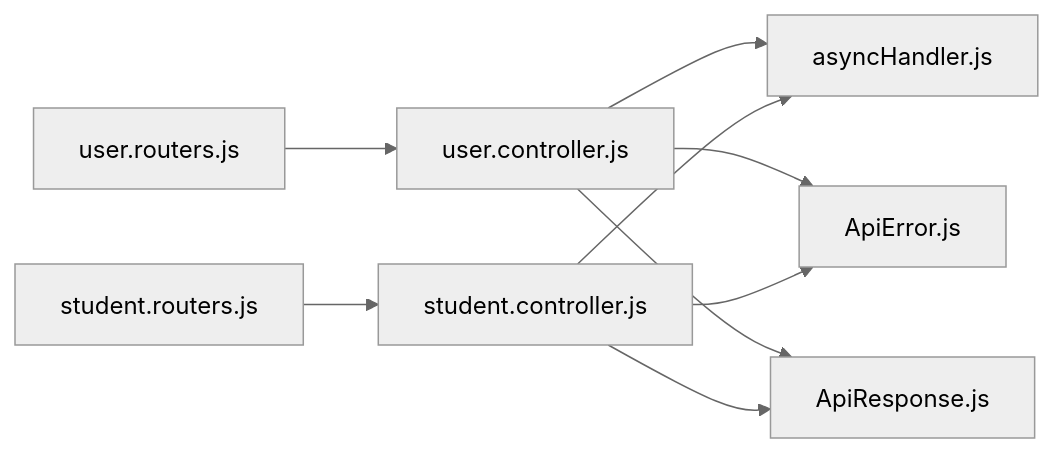
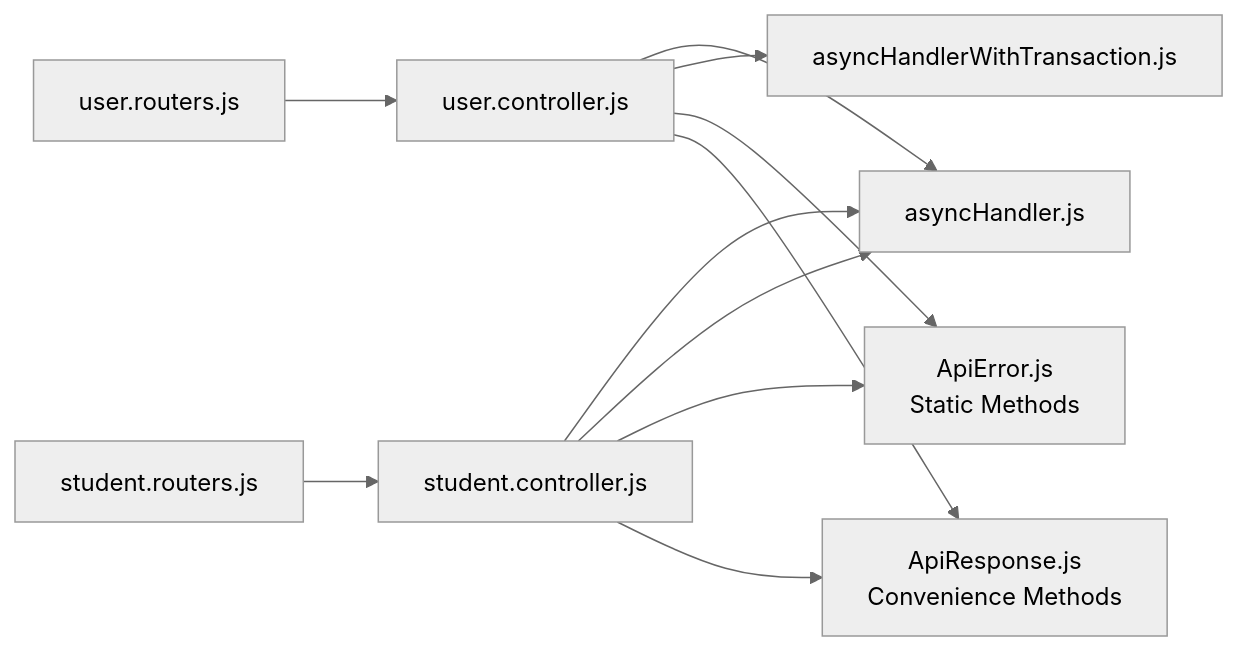
Before and after one commit to Aryan9060/Timetable-Project: the third of 3 diagrams in .qoder/repowiki/en/content/Backend Architecture/Error Handling & Response Utilities.md, drawn with Mermaid (neutral theme). The commit also changed other lines of this file and 15 other files, not shown here.

````diff
--- a/.qoder/repowiki/en/content/Backend Architecture/Error Handling & Response Utilities.md
+++ b/.qoder/repowiki/en/content/Backend Architecture/Error Handling & Response Utilities.md
@@ -277,11 +299,13 @@
 ```mermaid
 graph LR
 R1["user.routers.js"] --> C1["user.controller.js"]
 R2["student.routers.js"] --> C2["student.controller.js"]
 C1 --> AH["asyncHandler.js"]
 C2 --> AH
-C1 --> AE["ApiError.js"]
+C1 --> AHT["asyncHandlerWithTransaction.js"]
+C2 --> AH
+C1 --> AE["ApiError.js<br/>Static Methods"]
 C2 --> AE
-C1 --> AR["ApiResponse.js"]
+C1 --> AR["ApiResponse.js<br/>Convenience Methods"]
 C2 --> AR
 ```
````
